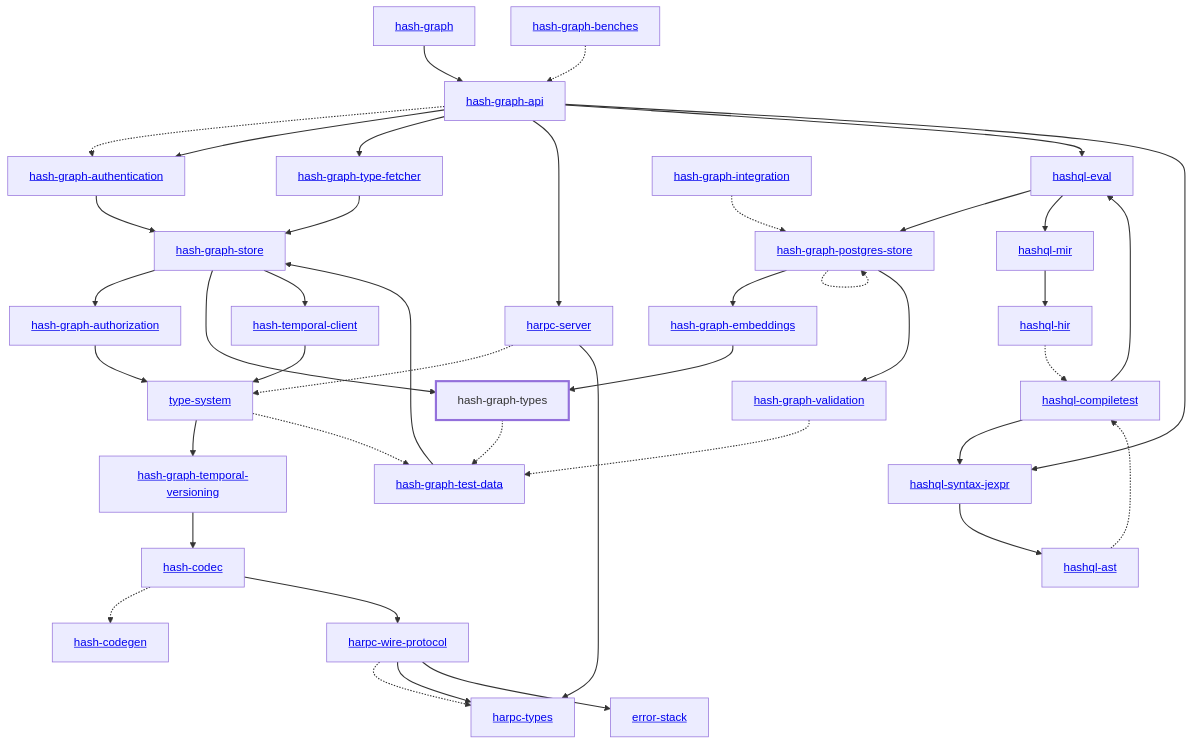
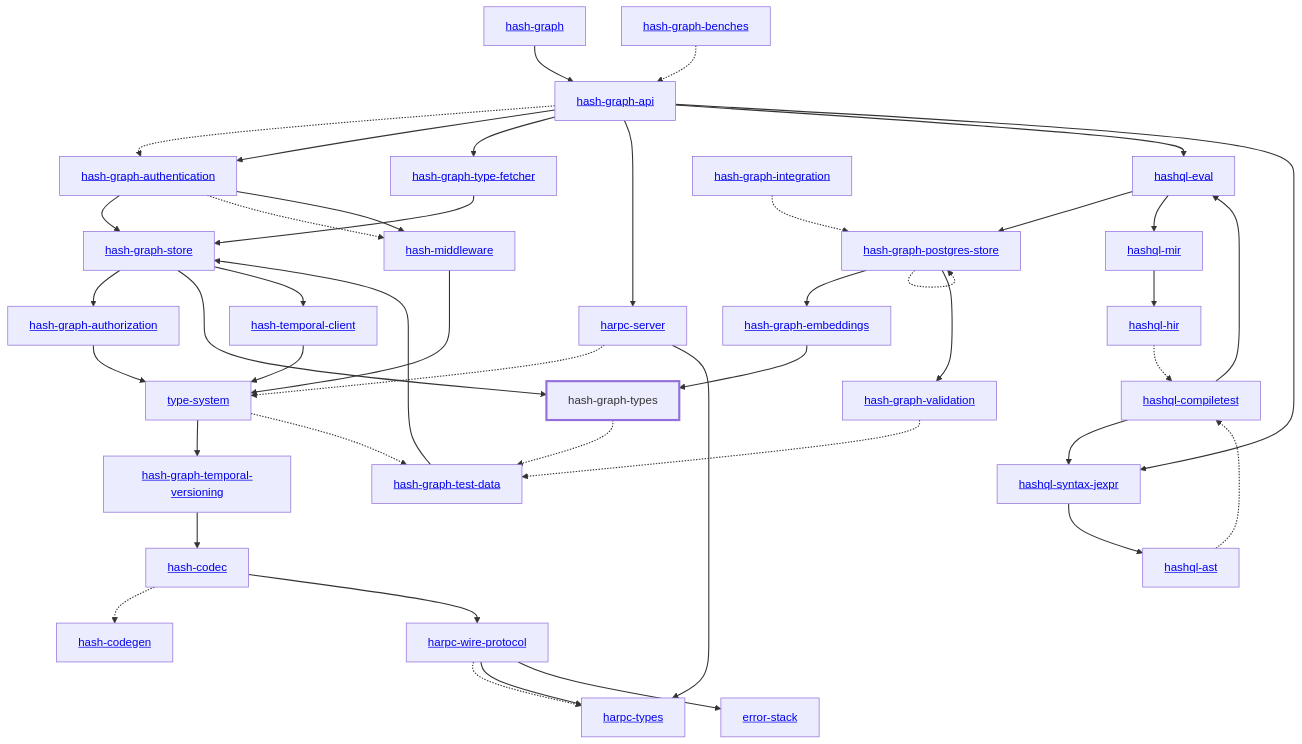
The diagram in libs/@local/graph/types/docs/dependency-diagram.mmd (hashintel/hash), drawn with Mermaid before and after one commit. The commit also changed 51 other files, not shown here.

Commit message:
BE-808: Move the HTTP middleware into hash-middleware

```diff
--- a/libs/@local/graph/types/docs/dependency-diagram.mmd
+++ b/libs/@local/graph/types/docs/dependency-diagram.mmd
@@ -1,80 +1,84 @@
 graph TD
     linkStyle default stroke-width:1.5px
     classDef default stroke-width:1px
     classDef root stroke-width:3px
     classDef dev stroke-width:1px
     classDef build stroke-width:1px
     %% Legend
     %% --> : Normal dependency
     %% -.-> : Dev dependency
     %% ---> : Build dependency
     0[<a href="../hash_graph/index.html">hash-graph</a>]
     1[<a href="../type_system/index.html">type-system</a>]
     2[<a href="../hash_codec/index.html">hash-codec</a>]
     3[<a href="../hash_codegen/index.html">hash-codegen</a>]
     4[<a href="../hash_graph_api/index.html">hash-graph-api</a>]
     5[<a href="../hash_graph_authentication/index.html">hash-graph-authentication</a>]
     6[<a href="../hash_graph_authorization/index.html">hash-graph-authorization</a>]
     7[<a href="../hash_graph_embeddings/index.html">hash-graph-embeddings</a>]
     8[<a href="../hash_graph_postgres_store/index.html">hash-graph-postgres-store</a>]
     9[<a href="../hash_graph_store/index.html">hash-graph-store</a>]
     10[<a href="../hash_graph_temporal_versioning/index.html">hash-graph-temporal-versioning</a>]
     11[<a href="../hash_graph_type_fetcher/index.html">hash-graph-type-fetcher</a>]
     12[hash-graph-types]
     class 12 root
     13[<a href="../hash_graph_validation/index.html">hash-graph-validation</a>]
     14[<a href="../harpc_server/index.html">harpc-server</a>]
     15[<a href="../harpc_types/index.html">harpc-types</a>]
     16[<a href="../harpc_wire_protocol/index.html">harpc-wire-protocol</a>]
     17[<a href="../hashql_ast/index.html">hashql-ast</a>]
     18[<a href="../hashql_compiletest/index.html">hashql-compiletest</a>]
     19[<a href="../hashql_eval/index.html">hashql-eval</a>]
     20[<a href="../hashql_hir/index.html">hashql-hir</a>]
     21[<a href="../hashql_mir/index.html">hashql-mir</a>]
     22[<a href="../hashql_syntax_jexpr/index.html">hashql-syntax-jexpr</a>]
-    23[<a href="../hash_temporal_client/index.html">hash-temporal-client</a>]
-    24[<a href="../error_stack/index.html">error-stack</a>]
-    25[<a href="../hash_graph_benches/index.html">hash-graph-benches</a>]
-    26[<a href="../hash_graph_integration/index.html">hash-graph-integration</a>]
-    27[<a href="../hash_graph_test_data/index.html">hash-graph-test-data</a>]
+    23[<a href="../hash_middleware/index.html">hash-middleware</a>]
+    24[<a href="../hash_temporal_client/index.html">hash-temporal-client</a>]
+    25[<a href="../error_stack/index.html">error-stack</a>]
+    26[<a href="../hash_graph_benches/index.html">hash-graph-benches</a>]
+    27[<a href="../hash_graph_integration/index.html">hash-graph-integration</a>]
+    28[<a href="../hash_graph_test_data/index.html">hash-graph-test-data</a>]
     0 --> 4
     1 --> 10
-    1 -.-> 27
+    1 -.-> 28
     2 -.-> 3
     2 --> 16
     4 -.-> 5
     4 --> 5
     4 --> 11
     4 --> 14
     4 --> 19
     4 --> 22
     5 --> 9
+    5 -.-> 23
+    5 --> 23
     6 --> 1
     7 --> 12
     8 --> 7
     8 -.-> 8
     8 --> 13
     9 --> 6
     9 --> 12
-    9 --> 23
+    9 --> 24
     10 --> 2
     11 --> 9
-    12 -.-> 27
-    13 -.-> 27
+    12 -.-> 28
+    13 -.-> 28
     14 -.-> 1
     14 --> 15
     16 -.-> 15
     16 --> 15
-    16 --> 24
+    16 --> 25
     17 -.-> 18
     18 --> 19
     18 --> 22
     19 --> 8
     19 --> 21
     20 -.-> 18
     21 --> 20
     22 --> 17
     23 --> 1
-    25 -.-> 4
-    26 -.-> 8
-    27 --> 9
+    24 --> 1
+    26 -.-> 4
+    27 -.-> 8
+    28 --> 9
```
